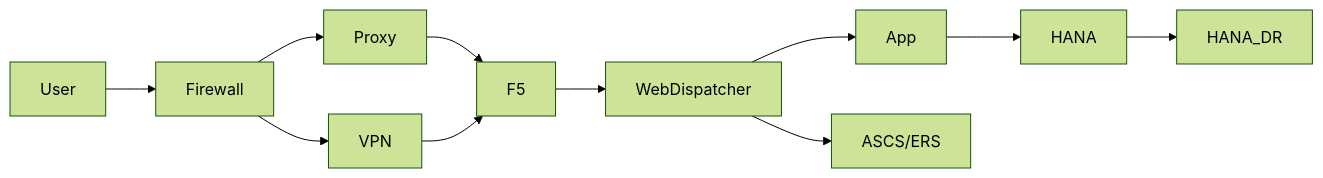
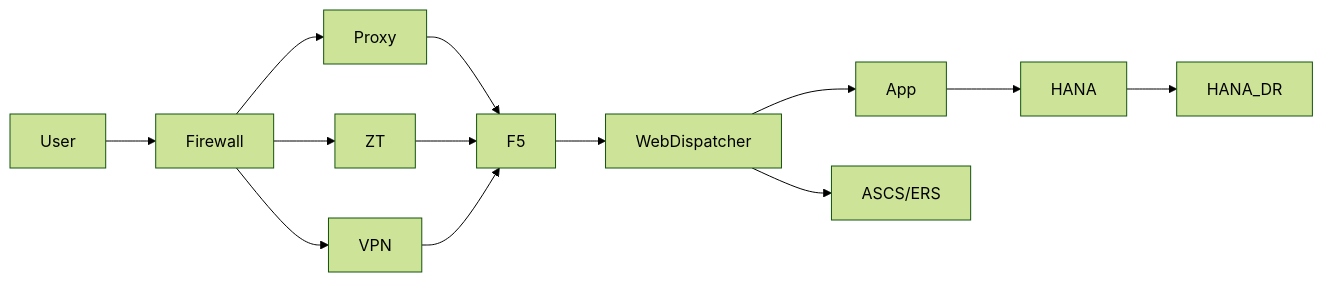
Before and after one commit to jauderho/sandbox: the first of 2 diagrams in mermaid/SAP.md, drawn with Mermaid (forest theme). The commit also changed other lines of this file, not shown here.

````diff
--- a/mermaid/SAP.md
+++ b/mermaid/SAP.md
@@ -4,13 +4,15 @@
 ```mermaid
   graph LR
   User-->Firewall
   Firewall-->Proxy
+  Firewall-->ZT
   Firewall-->VPN
   Proxy-->F5
+  ZT-->F5
   VPN-->F5
   F5-->WebDispatcher
   WebDispatcher-->App
   WebDispatcher-->ASCS/ERS
   App-->HANA
   HANA-->HANA_DR
 ```
````
